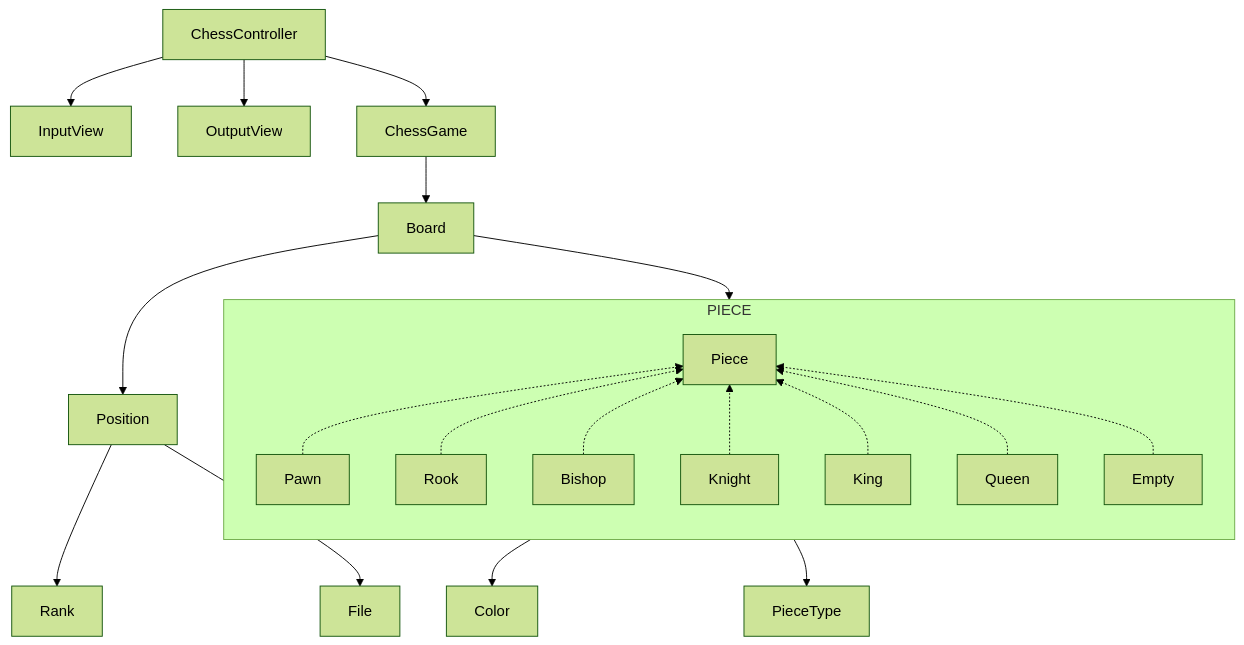
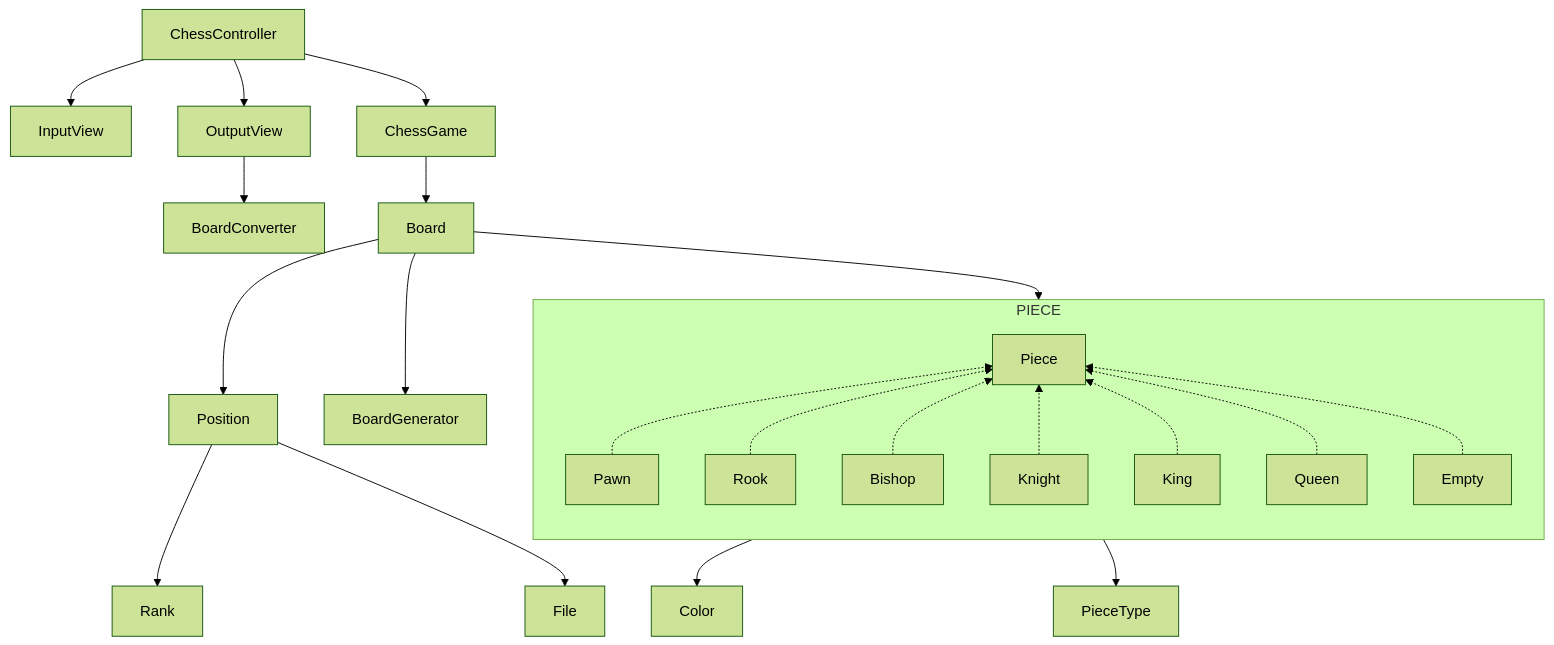
The diagram in README.md (woowacourse/java-chess), drawn with Mermaid (forest theme) before and after one commit. The commit also changed other lines of this file, not shown here.

````diff
--- a/README.md
+++ b/README.md
@@ -43,27 +55,26 @@
 ```mermaid
 graph TD
     ChessController --> InputView
-    ChessController --> OutputView
+    ChessController --> OutputView --> BoardConverter
 
     ChessController --> ChessGame
-    ChessGame --> Board
-
+    ChessGame --> Board --> BoardGenerator
     Position --> Rank
     Position --> File
 
     Board --> Position
     Board --> PIECE
     PIECE --> Color
     PIECE --> PieceType
 
     subgraph PIECE
         direction BT
         Pawn -.-> Piece
         Rook -.-> Piece
         Bishop -.-> Piece
         Knight -.-> Piece
         King -.-> Piece
         Queen -.-> Piece
         Empty -.-> Piece
     end
 ```
````
